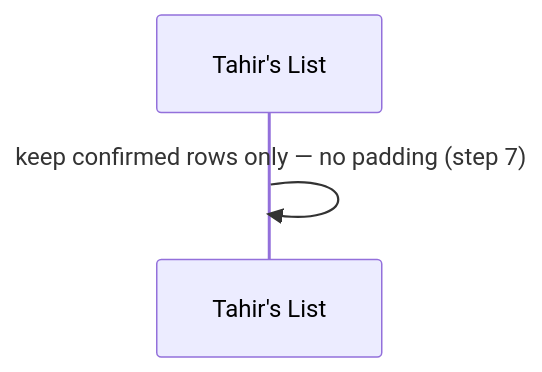
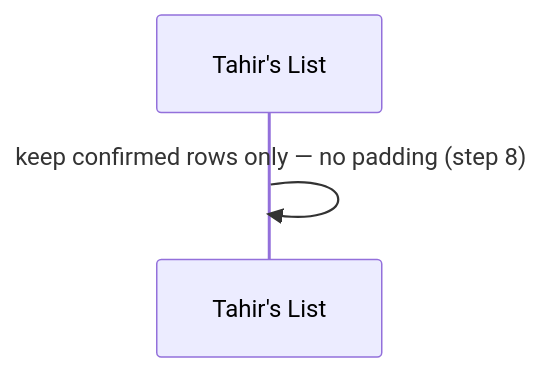
The fourth of 12 diagrams in docs/features/SC-211/04-blackbox/UC-01-run-sample-directory-ingestion.md (Losers-Lab/tahirs-list), drawn with Mermaid before and after one commit. The commit also changed other lines of this file and 8 other files, not shown here.

````diff
--- a/docs/features/SC-211/04-blackbox/UC-01-run-sample-directory-ingestion.md
+++ b/docs/features/SC-211/04-blackbox/UC-01-run-sample-directory-ingestion.md
@@ -43,5 +45,5 @@
 ```mermaid
 sequenceDiagram
   participant TL as Tahir's List
-  TL->>TL: keep confirmed rows only — no padding (step 7)
+  TL->>TL: keep confirmed rows only — no padding (step 8)
 ```
````
